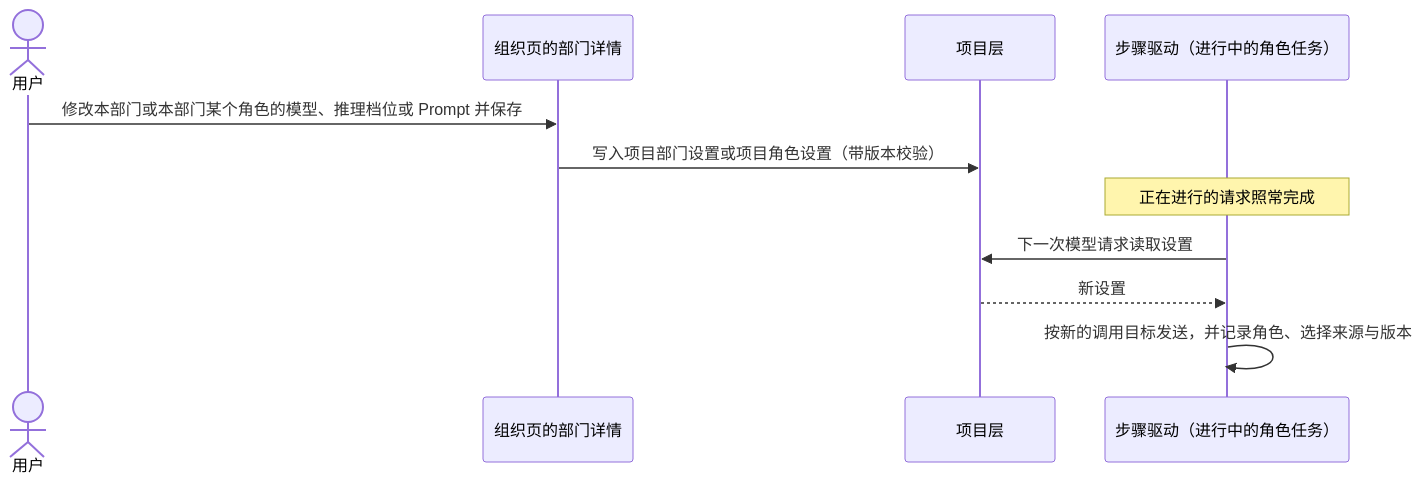
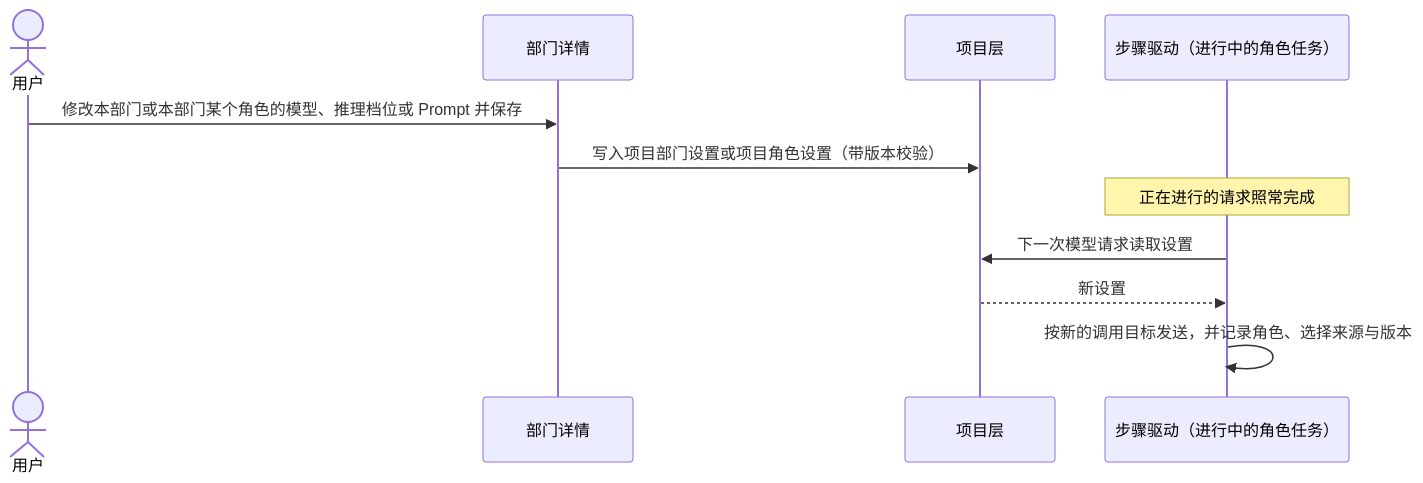
The third of 4 diagrams in docs/design/model-management.md (bender2333/yudao), drawn with Mermaid before and after one commit. The commit also changed other lines of this file and 13 other files, not shown here.

Commit message:
组织设定：项目页是循环图加对话，外包是部门里由谁做的一个选项（命名照旧）

````diff
--- a/docs/design/model-management.md
+++ b/docs/design/model-management.md
@@ -297,13 +297,13 @@
 ```mermaid
 sequenceDiagram
   actor User as 用户
-  participant UI as 组织页的部门详情
+  participant UI as 部门详情
   participant Proj as 项目层
   participant Driver as 步骤驱动（进行中的角色任务）
   User->>UI: 修改本部门或本部门某个角色的模型、推理档位或 Prompt 并保存
   UI->>Proj: 写入项目部门设置或项目角色设置（带版本校验）
   Note over Driver: 正在进行的请求照常完成
   Driver->>Proj: 下一次模型请求读取设置
   Proj-->>Driver: 新设置
   Driver->>Driver: 按新的调用目标发送，并记录角色、选择来源与版本
 ```
````
